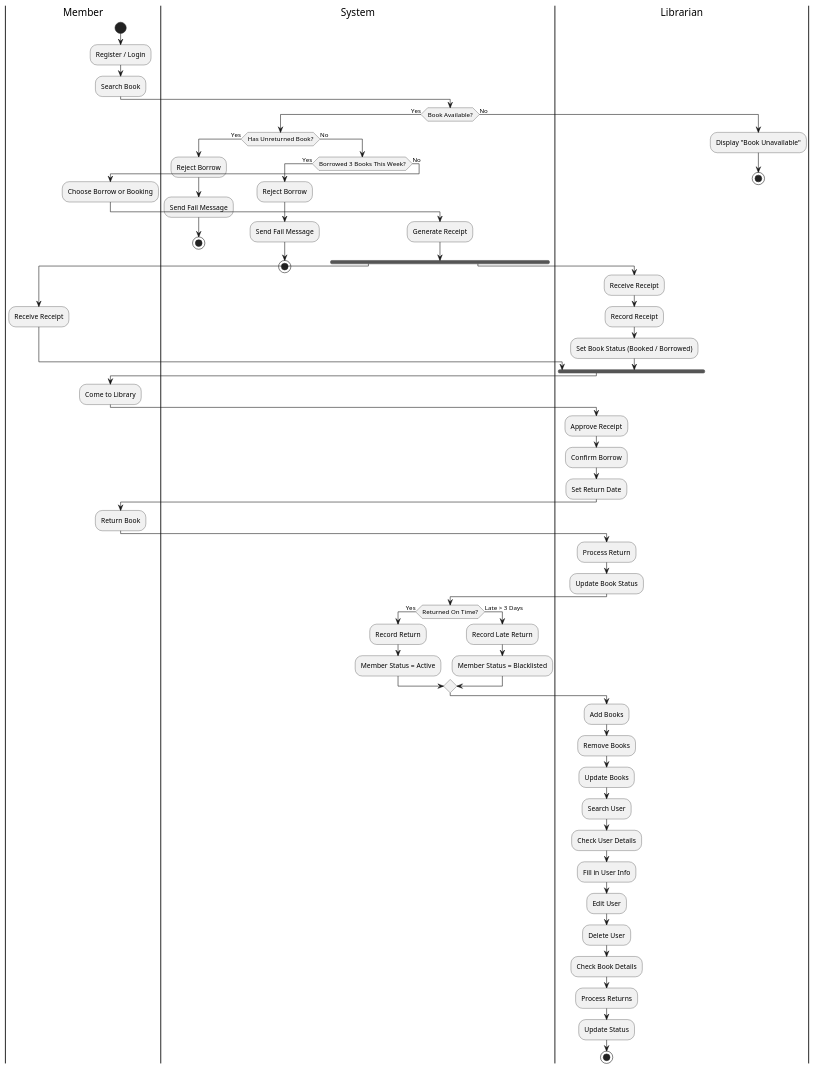
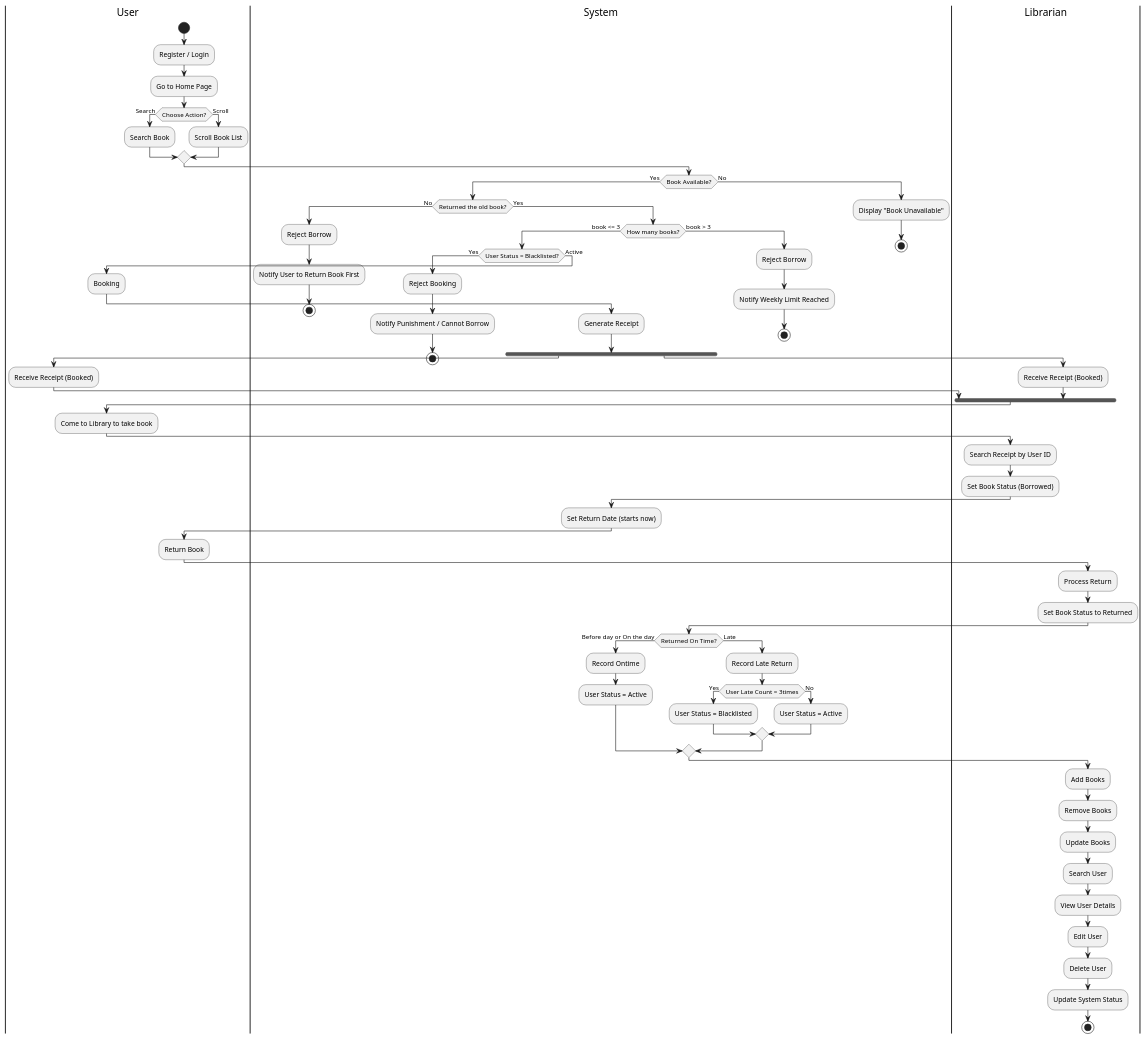
The diagram in draw/draw.puml (tithyarita/Project4-Library-Borrowing-and-Book-Tracking-System), drawn with PlantUML before and after one commit. The commit also changed 14 other files, not shown here.

```diff
--- a/draw/draw.puml
+++ b/draw/draw.puml
@@ -1,103 +1,127 @@
-@startuml
+ @startuml
 !pragma teoz true
 
+|User|
+start
+:Register / Login;
 ' =====================
-' MEMBER BORROW & RETURN FLOW
+' Main Home Page Loop
 ' =====================
 
-|Member|
-start
-:Register / Login;
-:Search Book;
+    :Go to Home Page;
 
-|System|
-if (Book Available?) then (Yes)
+    ' User chooses action
+    if (Choose Action?) then (Search)
+        :Search Book;
+    else (Scroll)
+        :Scroll Book List;
+    endif
 
-    if (Has Unreturned Book?) then (Yes)
-        :Reject Borrow;
-        :Send Fail Message;
-        stop
-    else (No)
+    |System|
+    if (Book Available?) then (Yes)
 
-        if (Borrowed 3 Books This Week?) then (Yes)
+        if (Returned the old book?) then (No)
             :Reject Borrow;
-            :Send Fail Message;
+            :Notify User to Return Book First;
             stop
-        else (No)
+        else (Yes)
 
-            |Member|
-            :Choose Borrow or Booking;
+            if (How many books?) then (book <= 3)
+                |System|
+                if (User Status = Blacklisted?) then (Yes)
+                    :Reject Booking;
+                    :Notify Punishment / Cannot Borrow;
+                    stop
+                else (Active)
+                    ' =====================
+                    ' Booking Stage
+                    ' =====================
+                    |User|
+                    :Booking;
 
-            |System|
-            :Generate Receipt;
+                    |System|
+                    :Generate Receipt;
 
-            ' =====================
-            ' Receipt goes to both Member and Librarian
-            ' =====================
-            fork
-                |Member|
-                :Receive Receipt;
-            fork again
-                |Librarian|
-                :Receive Receipt;
-                :Record Receipt;
-                :Set Book Status (Booked / Borrowed);
-            end fork
+                    ' =====================
+                    ' Both receive receipt (Booking)
+                    ' =====================
+                    fork
+                        |User|
+                        :Receive Receipt (Booked);
+                    fork again
+                        |Librarian|
+                        :Receive Receipt (Booked);
+                       
+                    end fork
 
-            |Member|
-            :Come to Library;
+                    ' =====================
+                    ' Borrowing Stage
+                    ' =====================
+                    |User|
+                    :Come to Library to take book;
 
-            |Librarian|
-            :Approve Receipt;
-            :Confirm Borrow;
-            :Set Return Date;
+                    |Librarian|
+                    :Search Receipt by User ID;
+                    :Set Book Status (Borrowed);
+
+                    |System|
+                    :Set Return Date (starts now);
+                endif
+
+            else (book > 3)
+                :Reject Borrow;
+                :Notify Weekly Limit Reached;
+                stop
+            endif
 
         endif
+
+    else (No)
+        :Display "Book Unavailable";
+        stop
     endif
 
-else (No)
-    :Display "Book Unavailable";
-    stop
-endif
+
 
 ' =====================
 ' RETURN FLOW
 ' =====================
 
-|Member|
+|User|
 :Return Book;
 
 |Librarian|
 :Process Return;
-:Update Book Status;
+:Set Book Status to Returned;
 
 |System|
-if (Returned On Time?) then (Yes)
-    :Record Return;
-    :Member Status = Active;
-else (Late > 3 Days)
+if (Returned On Time?) then (Before day or On the day)
+    :Record Ontime;
+    :User Status = Active;
+else (Late)
     :Record Late Return;
-    :Member Status = Blacklisted;
+    if (User Late Count = 3times) then (Yes)
+        :User Status = Blacklisted;
+    else (No)
+        :User Status = Active;
+    endif
 endif
 
 ' =====================
 ' LIBRARIAN MANAGEMENT TASKS
 ' =====================
 
 |Librarian|
 :Add Books;
 :Remove Books;
 :Update Books;
 
 :Search User;
-:Check User Details;
-:Fill in User Info;
+:View User Details;
 :Edit User;
 :Delete User;
 
-:Check Book Details;
-:Process Returns;
-:Update Status;
+:Update System Status;
 
 stop
 @enduml
```
